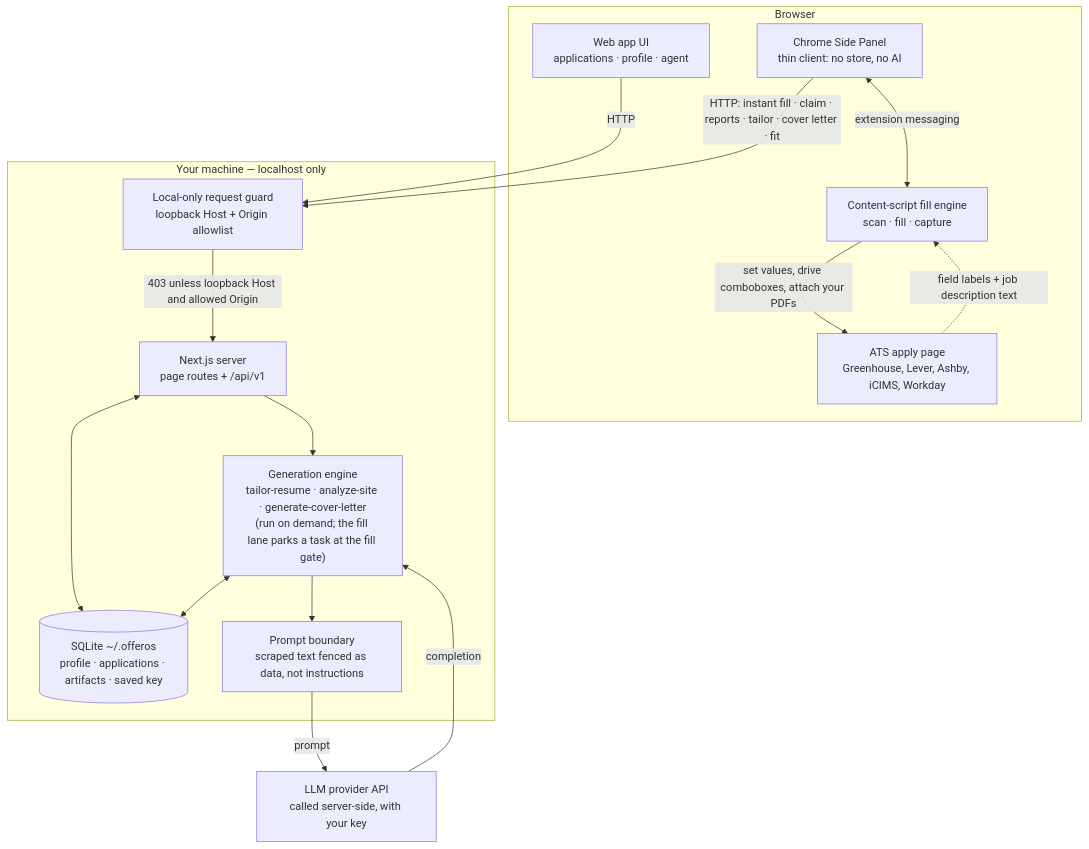
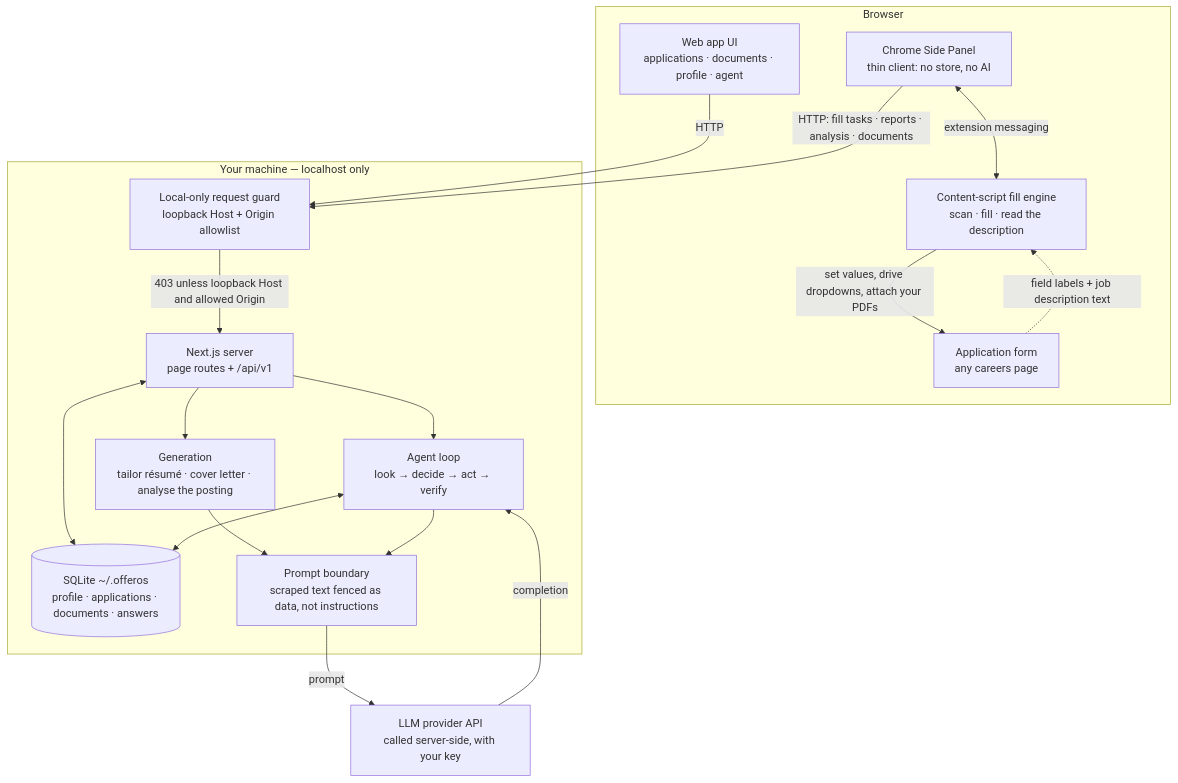
One commit to averatec0773/offeros changed the diagram in README.md. Above: the diagram before and after it, drawn with Mermaid. The commit also changed other lines of this file, not shown here.

First line of the commit message:
docs: a README about the agent, and about where it refuses to guess

````diff
--- a/README.md
+++ b/README.md
@@ -65,32 +158,35 @@
 ```mermaid
 flowchart TB
   subgraph browser["Browser"]
-    ui["Web app UI<br/>applications · profile · agent"]
+    ui["Web app UI<br/>applications · documents · profile · agent"]
     panel["Chrome Side Panel<br/>thin client: no store, no AI"]
-    engine["Content-script fill engine<br/>scan · fill · capture"]
-    ats["ATS apply page<br/>Greenhouse, Lever, Ashby, iCIMS, Workday"]
+    engine["Content-script fill engine<br/>scan · fill · read the description"]
+    ats["Application form<br/>any careers page"]
   end
 
   subgraph host["Your machine — localhost only"]
     guard["Local-only request guard<br/>loopback Host + Origin allowlist"]
     api["Next.js server<br/>page routes + /api/v1"]
-    pipeline["Generation engine<br/>tailor-resume · analyze-site · generate-cover-letter<br/>(run on demand; the fill lane parks a task at the fill gate)"]
-    store[("SQLite ~/.offeros<br/>profile · applications · artifacts · saved key")]
+    agent["Agent loop<br/>look → decide → act → verify"]
+    gen["Generation<br/>tailor résumé · cover letter · analyse the posting"]
+    store[("SQLite ~/.offeros<br/>profile · applications · documents · answers")]
     fence["Prompt boundary<br/>scraped text fenced as data, not instructions"]
   end
 
   provider["LLM provider API<br/>called server-side, with your key"]
 
   ui -->|HTTP| guard
-  panel -->|"HTTP: instant fill · claim · reports · tailor · cover letter · fit"| guard
+  panel -->|"HTTP: fill tasks · reports · analysis · documents"| guard
   guard -->|"403 unless loopback Host and allowed Origin"| api
-  api --> pipeline
+  api --> agent
+  api --> gen
   api <--> store
-  pipeline <--> store
-  pipeline --> fence
+  agent <--> store
+  gen --> fence
+  agent --> fence
   fence -->|prompt| provider
-  provider -->|completion| pipeline
+  provider -->|completion| agent
   panel <-->|extension messaging| engine
-  engine -->|"set values, drive comboboxes, attach your PDFs"| ats
+  engine -->|"set values, drive dropdowns, attach your PDFs"| ats
   ats -.->|"field labels + job description text"| engine
 ```
````
